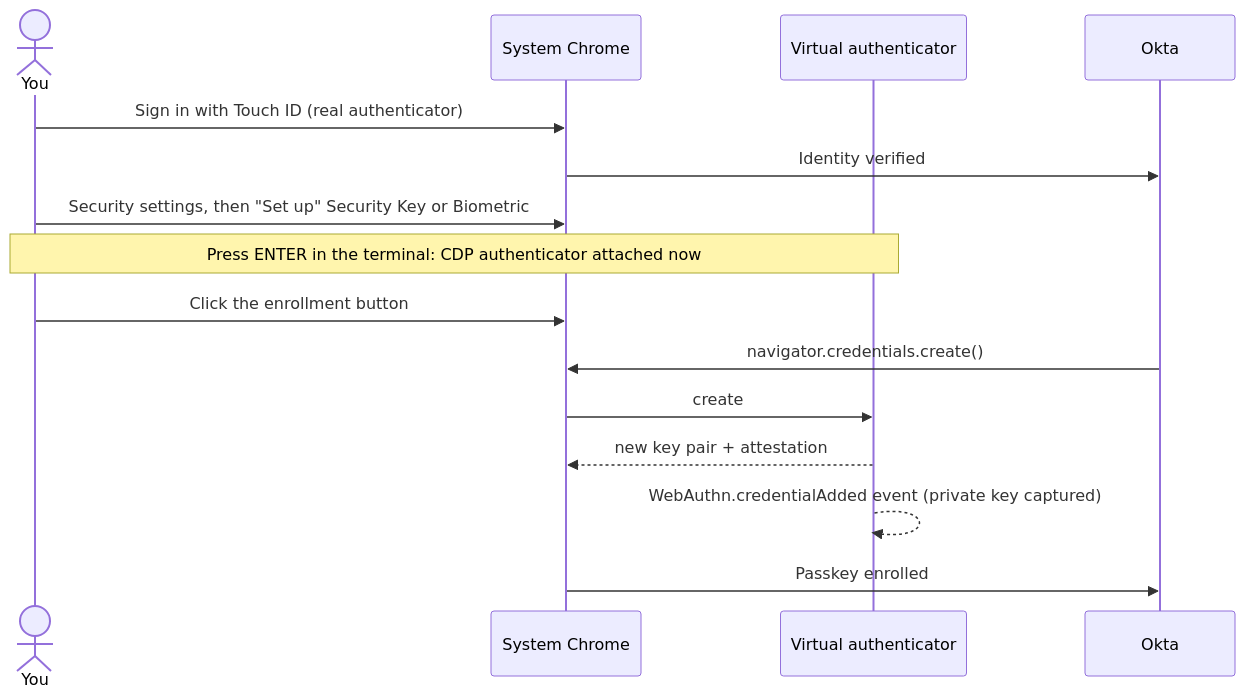
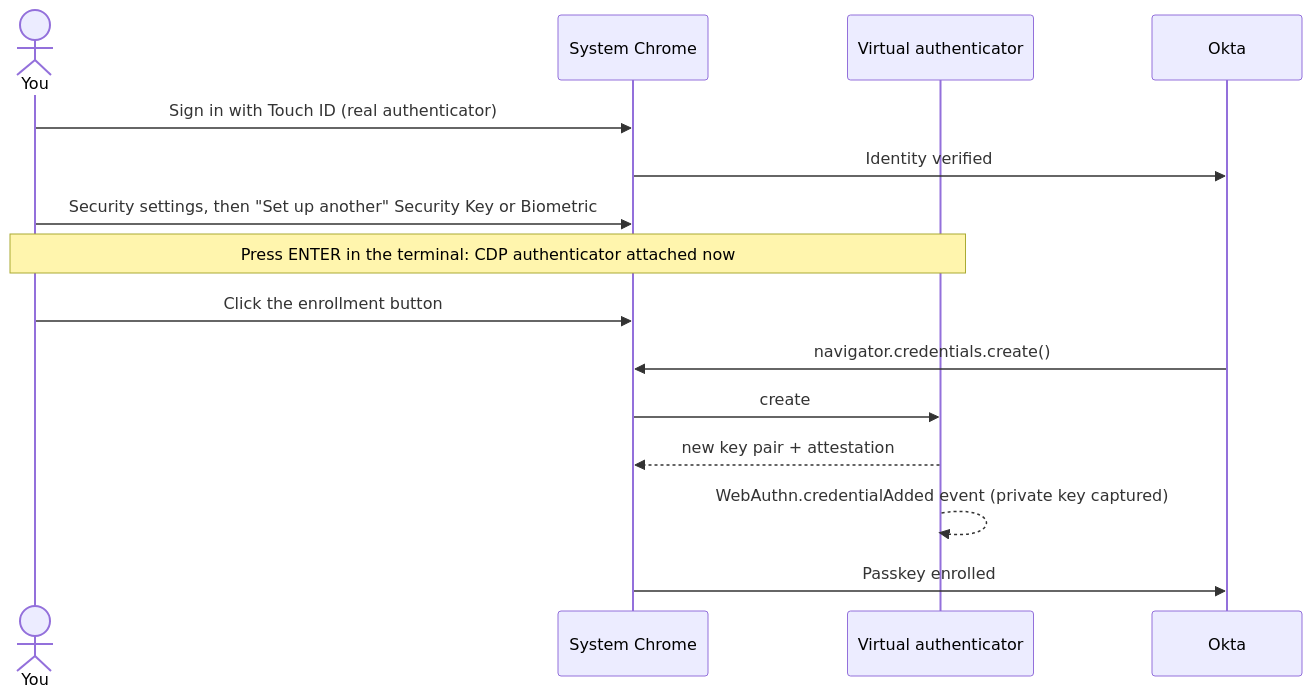
The first of 2 diagrams in docs/how-it-works.md (ventz/crimson-headless-passkey), drawn with Mermaid before and after one commit. The commit also changed 2 other files, not shown here.

Commit message:
Rewrite register instructions to match the Okta screens
The register command now prints six numbered steps that follow the
real HarvardKey/Okta flow: sign in, open "Manage security methods"
(login.harvard.edu/account-settings/security), pick "+ Set up another"
under "Security Key or Biometric Authenticator", stop at the
enrollment screen and press ENTER, click the enrollment button, then
press ENTER again once Okta shows the method as added. The interactive
prompts now name their step (4, 5 and 6), and a stray Touch ID or
passkey prompt is called out as a sign the authenticator was not
attached.

Update docs/getting-started.md and the registration sequence diagram
in docs/how-it-works.md to match, and fix a garbled sentence about
where the key and session are saved.

````diff
--- a/docs/how-it-works.md
+++ b/docs/how-it-works.md
@@ -26,18 +26,18 @@
 ```mermaid
 sequenceDiagram
     actor You
     participant Chrome as System Chrome
     participant CDP as Virtual authenticator
     participant Okta
 
     You->>Chrome: Sign in with Touch ID (real authenticator)
     Chrome->>Okta: Identity verified
-    You->>Chrome: Security settings, then "Set up" Security Key or Biometric
+    You->>Chrome: Security settings, then "Set up another" Security Key or Biometric
     Note over You,CDP: Press ENTER in the terminal: CDP authenticator attached now
     You->>Chrome: Click the enrollment button
     Okta->>Chrome: navigator.credentials.create()
     Chrome->>CDP: create
     CDP-->>Chrome: new key pair + attestation
     CDP-->>CDP: WebAuthn.credentialAdded event (private key captured)
     Chrome->>Okta: Passkey enrolled
 ```
````
